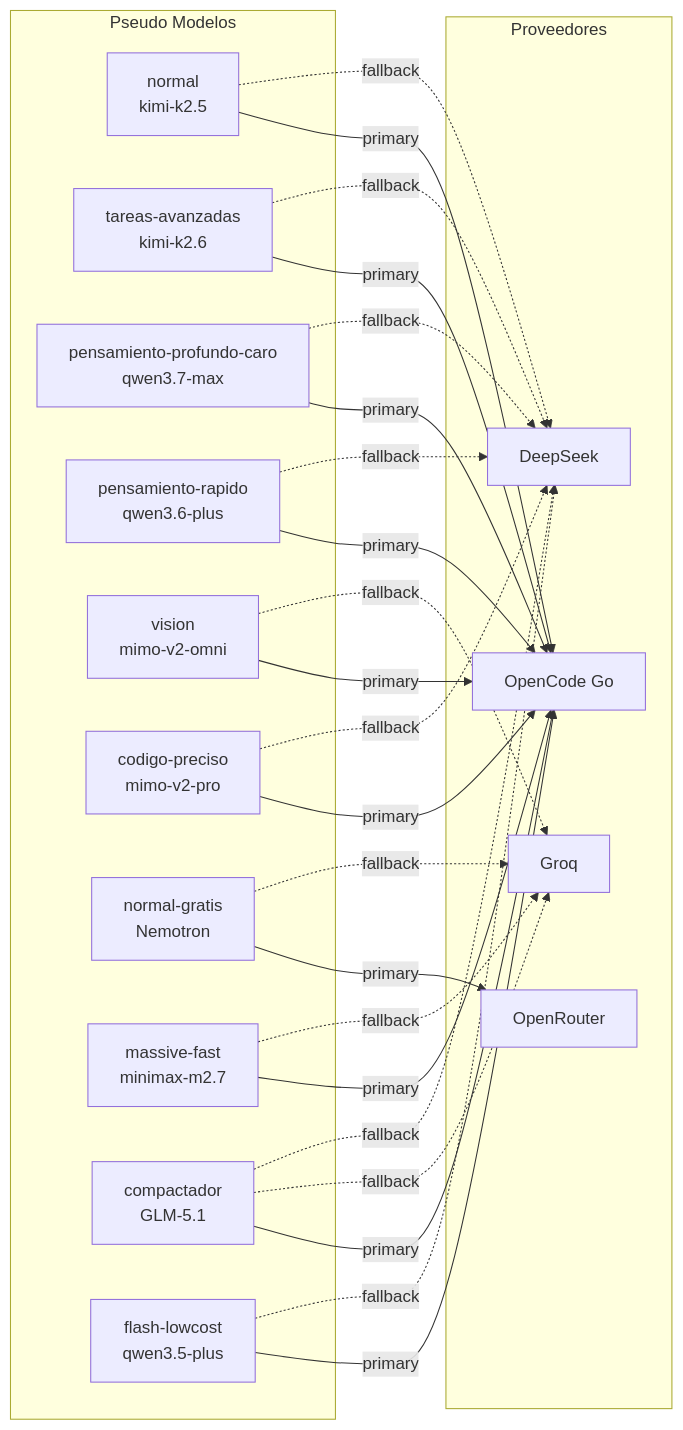
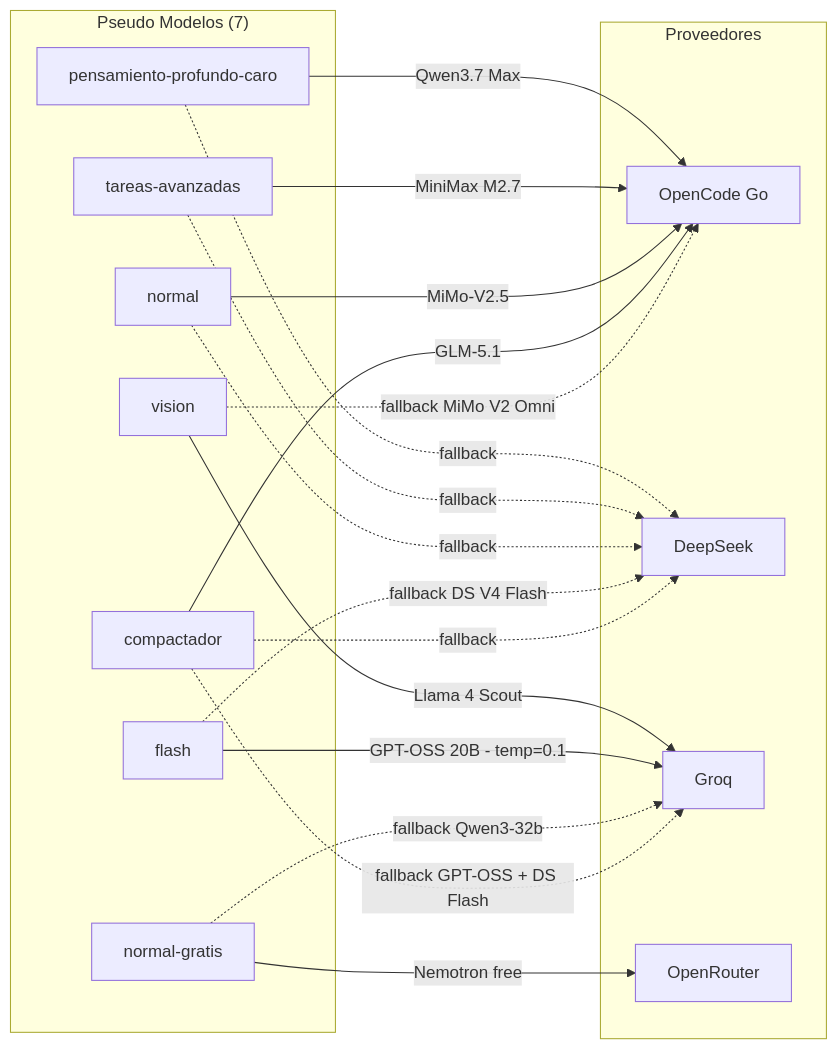
One commit to CesarGuzmanLopez/proxy-cesar changed the third of 8 diagrams in diagramas.md. Above: the diagram before and after it, drawn with Mermaid. The commit also changed other lines of this file and 4 other files, not shown here.

First line of the commit message:
docs: v1.1 — update diagrams, README, delete CLAUDE.md

````diff
--- a/diagramas.md
+++ b/diagramas.md
@@ -81,45 +81,36 @@
 ```mermaid
 graph LR
-    subgraph Pseudo Modelos
-        NORMAL[normal<br/>kimi-k2.5]
-        TAREA[tareas-avanzadas<br/>kimi-k2.6]
-        PROF[pensamiento-profundo-caro<br/>qwen3.7-max]
-        RAP[pensamiento-rapido<br/>qwen3.6-plus]
-        VIS[vision<br/>mimo-v2-omni]
-        COD[codigo-preciso<br/>mimo-v2-pro]
-        GRAT[normal-gratis<br/>Nemotron]
-        MASS[massive-fast<br/>minimax-m2.7]
-        COMP[compactador<br/>GLM-5.1]
-        FLASH[flash-lowcost<br/>qwen3.5-plus]
+    subgraph "Pseudo Modelos (7)"
+        PROF[pensamiento-profundo-caro]
+        TAREA[tareas-avanzadas]
+        NORMAL[normal]
+        VIS[vision]
+        GRAT[normal-gratis]
+        FLASH[flash]
+        COMP[compactador]
     end
 
-    subgraph Proveedores
+    subgraph "Proveedores"
         OG[OpenCode Go]
+        DS[DeepSeek]
+        GQ[Groq]
         OR[OpenRouter]
-        GQ[Groq]
-        DS[DeepSeek]
     end
 
-    NORMAL -->|primary| OG
-    TAREA -->|primary| OG
-    PROF -->|primary| OG
-    RAP -->|primary| OG
-    VIS -->|primary| OG
-    COD -->|primary| OG
-    MASS -->|primary| OG
-    COMP -->|primary| OG
-    FLASH -->|primary| OG
-    GRAT -->|primary| OR
+    PROF -->|Qwen3.7 Max| OG
+    TAREA -->|MiniMax M2.7| OG
+    NORMAL -->|MiMo-V2.5| OG
+    VIS -->|Llama 4 Scout| GQ
+    GRAT -->|Nemotron free| OR
+    FLASH -->|GPT-OSS 20B - temp=0.1| GQ
+    COMP -->|GLM-5.1| OG
 
-    NORMAL -.->|fallback| DS
     PROF -.->|fallback| DS
     TAREA -.->|fallback| DS
-    RAP -.->|fallback| DS
-    COD -.->|fallback| DS
-    FLASH -.->|fallback| DS
-    COMP -.->|fallback| GQ
+    NORMAL -.->|fallback| DS
+    VIS -.->|fallback MiMo V2 Omni| OG
+    GRAT -.->|fallback Qwen3-32b| GQ
+    FLASH -.->|fallback DS V4 Flash| DS
+    COMP -.->|fallback GPT-OSS + DS Flash| GQ
     COMP -.->|fallback| DS
-    VIS -.->|fallback| GQ
-    MASS -.->|fallback| GQ
-    GRAT -.->|fallback| GQ
 ```
````
